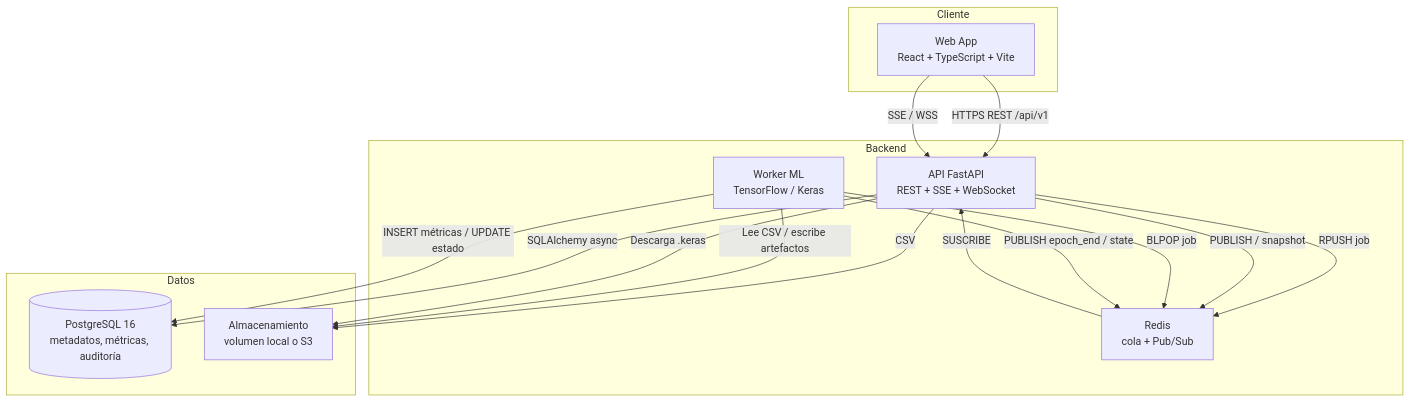
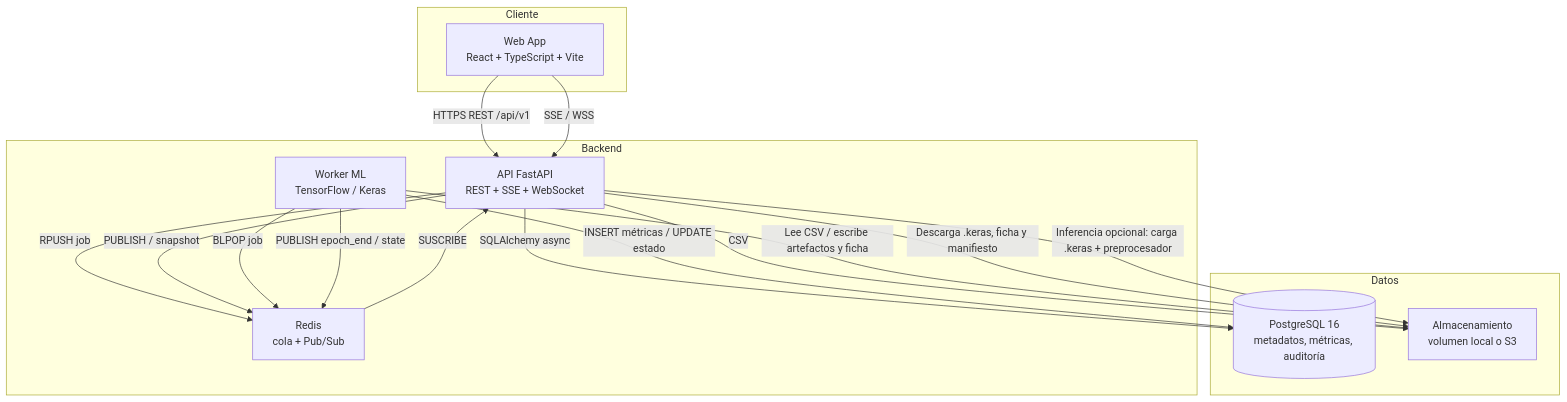
The first of 4 diagrams in docs/architecture/ARCHITECTURE.md (sanhuezazetakevin-ship-it/NeuroLab_Enterprise), drawn with Mermaid before and after one commit. The commit also changed other lines of this file and 60 other files, not shown here.

````diff
--- a/docs/architecture/ARCHITECTURE.md
+++ b/docs/architecture/ARCHITECTURE.md
@@ -17,30 +17,31 @@
 ```mermaid
 flowchart TB
     subgraph Cliente
         UI["Web App<br/>React + TypeScript + Vite"]
     end
 
     subgraph Backend
         API["API FastAPI<br/>REST + SSE + WebSocket"]
         Worker["Worker ML<br/>TensorFlow / Keras"]
         Queue["Redis<br/>cola + Pub/Sub"]
     end
 
     subgraph Datos
         DB[("PostgreSQL 16<br/>metadatos, métricas, auditoría")]
         Vol["Almacenamiento<br/>volumen local o S3"]
     end
 
     UI -->|"HTTPS REST /api/v1"| API
     UI -->|"SSE / WSS"| API
     API -->|"SQLAlchemy async"| DB
     API -->|"RPUSH job"| Queue
     API -->|"PUBLISH / snapshot"| Queue
     Worker -->|"BLPOP job"| Queue
     Worker -->|"INSERT métricas / UPDATE estado"| DB
     Worker -->|"PUBLISH epoch_end / state"| Queue
     Queue -->|"SUSCRIBE"| API
     API -->|"CSV"| Vol
-    Worker -->|"Lee CSV / escribe artefactos"| Vol
-    API -->|"Descarga .keras"| Vol
+    Worker -->|"Lee CSV / escribe artefactos y ficha"| Vol
+    API -->|"Descarga .keras, ficha y manifiesto"| Vol
+    API -->|"Inferencia opcional: carga .keras + preprocesador"| Vol
 ```
````
